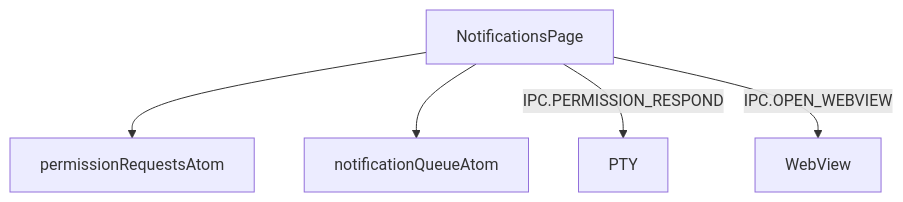
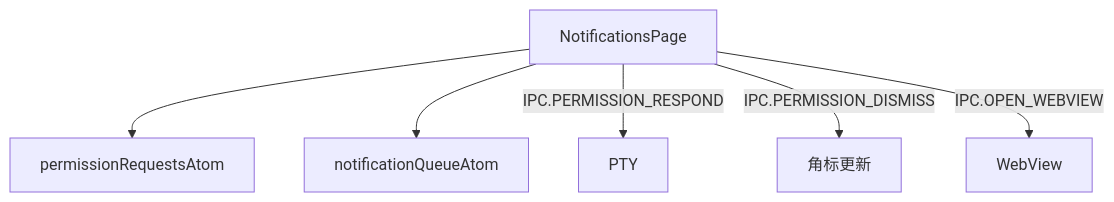
Before and after one commit to Ebwai/Claude-Steer: the fifth of 10 diagrams in .claude/rules/architecture/src/renderer/features.md, drawn with Mermaid. The commit also changed other lines of this file and 23 other files, not shown here.

````diff
--- a/.claude/rules/architecture/src/renderer/features.md
+++ b/.claude/rules/architecture/src/renderer/features.md
@@ -145,7 +145,8 @@
 ```mermaid
 graph TD
     NotificationsPage --> Perm["permissionRequestsAtom"]
     NotificationsPage --> Notif["notificationQueueAtom"]
     NotificationsPage -->|IPC.PERMISSION_RESPOND| PTY
+    NotificationsPage -->|IPC.PERMISSION_DISMISS| Badge["角标更新"]
     NotificationsPage -->|IPC.OPEN_WEBVIEW| WebView
 ```
````
